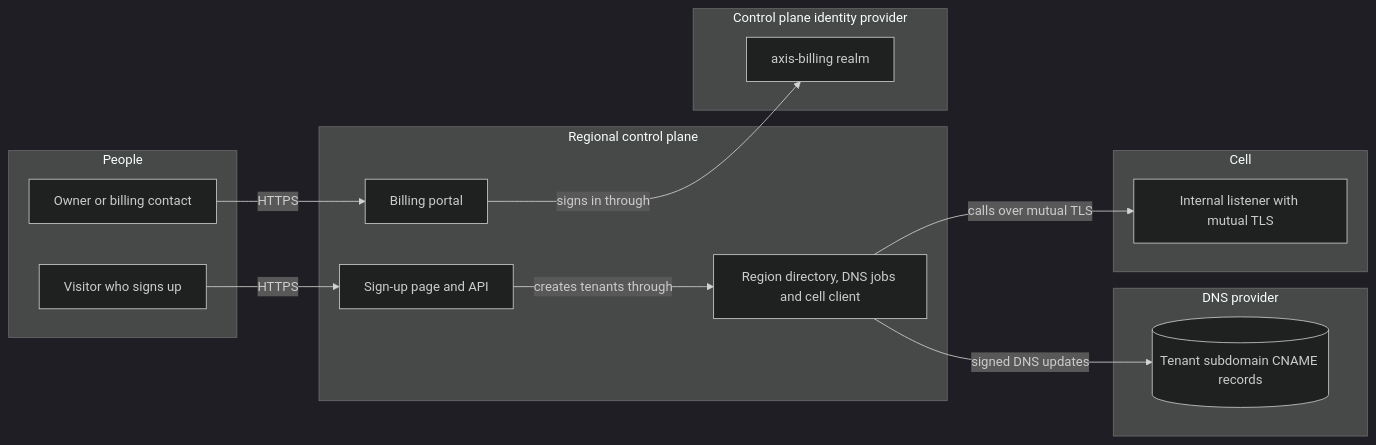
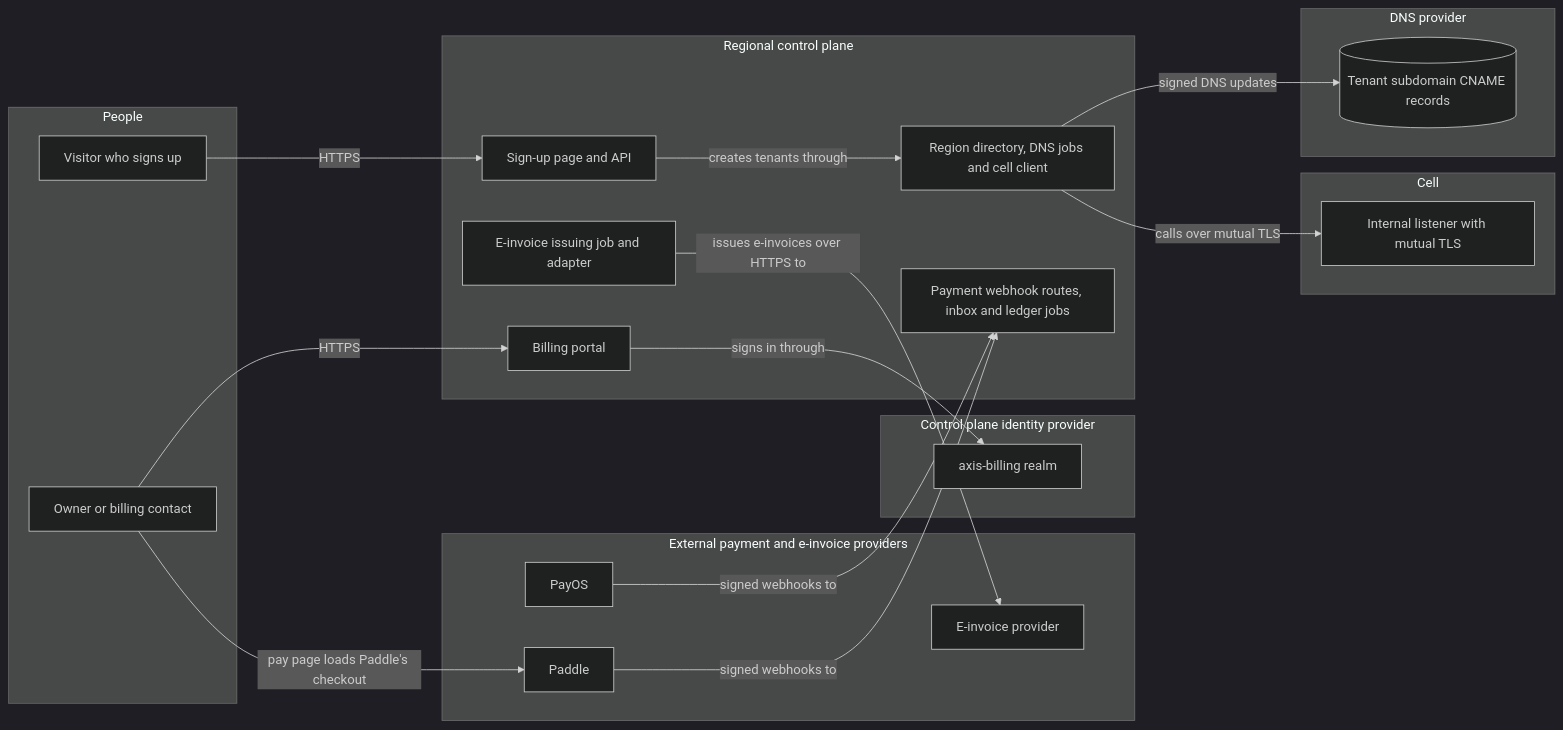
One commit to phuongnse/axis changed the first of 8 diagrams in docs/reference/threat-model-control-plane.md. Above: the diagram before and after it, drawn with Mermaid (dark theme). The commit also changed other lines of this file and 2 other files, not shown here.

First line of the commit message:
The threat model covers the payment webhooks, the e-invoice provider and the billing portal (#2496)

````diff
--- a/docs/reference/threat-model-control-plane.md
+++ b/docs/reference/threat-model-control-plane.md
@@ -15,27 +16,38 @@
 ```mermaid
 flowchart LR
     subgraph people [People]
         Visitor[Visitor who signs up]
         Payer[Owner or billing contact]
     end
     subgraph control [Regional control plane]
         SignUp[Sign-up page and API]
         Directory[Region directory, DNS jobs and cell client]
+        Webhooks[Payment webhook routes, inbox and ledger jobs]
+        Issuer[E-invoice issuing job and adapter]
         Billing[Billing portal]
     end
     subgraph dns [DNS provider]
         Records[(Tenant subdomain CNAME records)]
     end
     subgraph cell [Cell]
         Internal[Internal listener with mutual TLS]
     end
     subgraph idp [Control plane identity provider]
         Realm[axis-billing realm]
     end
+    subgraph providers [External payment and e-invoice providers]
+        PayOS[PayOS]
+        Paddle[Paddle]
+        EInvoice[E-invoice provider]
+    end
     Visitor -->|HTTPS| SignUp
     SignUp -->|creates tenants through| Directory
     Directory -->|signed DNS updates| Records
     Directory -->|calls over mutual TLS| Internal
     Payer -->|HTTPS| Billing
     Billing -->|signs in through| Realm
+    Payer -->|pay page loads Paddle's checkout| Paddle
+    PayOS -->|signed webhooks to| Webhooks
+    Paddle -->|signed webhooks to| Webhooks
+    Issuer -->|issues e-invoices over HTTPS to| EInvoice
 ```
````
